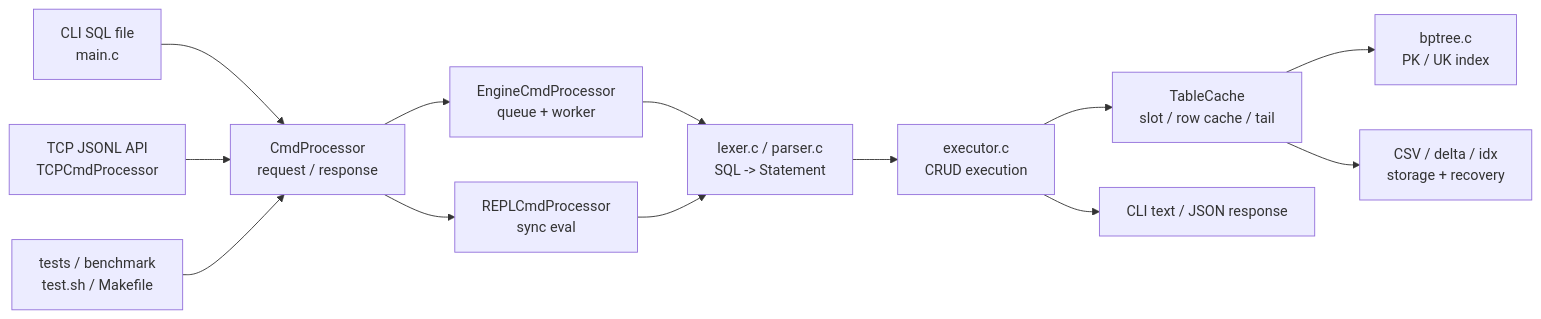
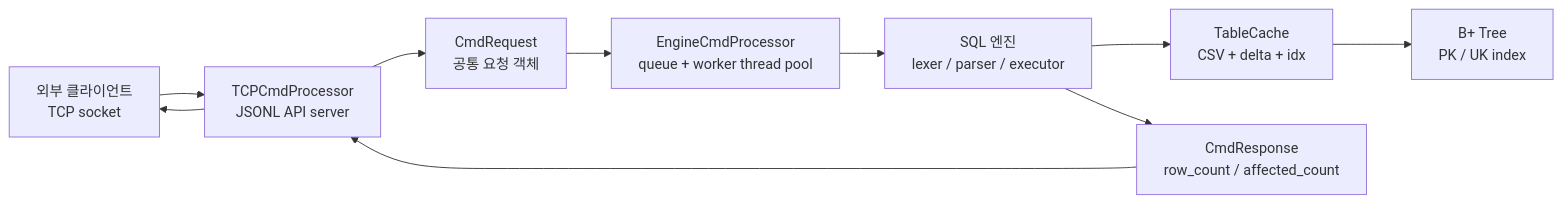
One commit to Wish-Upon-A-Star/SQL-B-Tree changed the diagram in README.md. Above: the diagram before and after it, drawn with Mermaid. The commit also changed other lines of this file, not shown here.

Commit message:
docs: emphasize API server requirements

````diff
--- a/README.md
+++ b/README.md
@@ -37,15 +33,12 @@
 ```mermaid
 flowchart LR
-    A["CLI SQL file<br/>main.c"] --> D["CmdProcessor<br/>request / response"]
-    B["TCP JSONL API<br/>TCPCmdProcessor"] --> D
-    C["tests / benchmark<br/>test.sh / Makefile"] --> D
-    D --> E["EngineCmdProcessor<br/>queue + worker"]
-    D --> F["REPLCmdProcessor<br/>sync eval"]
-    E --> G["lexer.c / parser.c<br/>SQL -> Statement"]
-    F --> G
-    G --> H["executor.c<br/>CRUD execution"]
-    H --> I["TableCache<br/>slot / row cache / tail"]
-    I --> J["bptree.c<br/>PK / UK index"]
-    I --> K["CSV / delta / idx<br/>storage + recovery"]
-    H --> L["CLI text / JSON response"]
+    A["외부 클라이언트<br/>TCP socket"] --> B["TCPCmdProcessor<br/>JSONL API server"]
+    B --> C["CmdRequest<br/>공통 요청 객체"]
+    C --> D["EngineCmdProcessor<br/>queue + worker thread pool"]
+    D --> E["SQL 엔진<br/>lexer / parser / executor"]
+    E --> F["TableCache<br/>CSV + delta + idx"]
+    F --> G["B+ Tree<br/>PK / UK index"]
+    E --> H["CmdResponse<br/>row_count / affected_count"]
+    H --> B
+    B --> A
 ```
````
